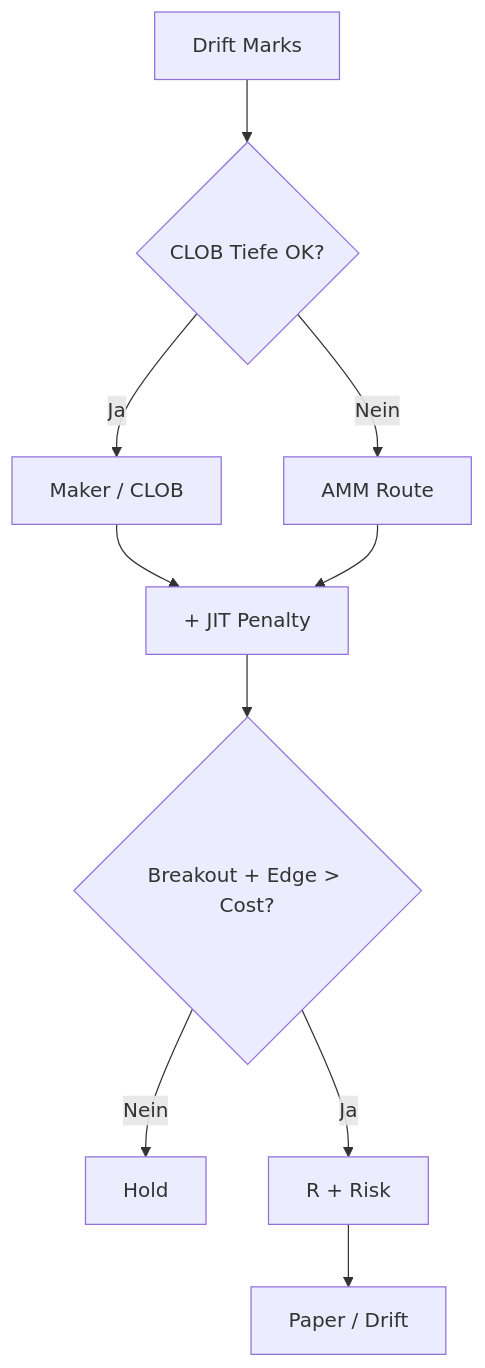
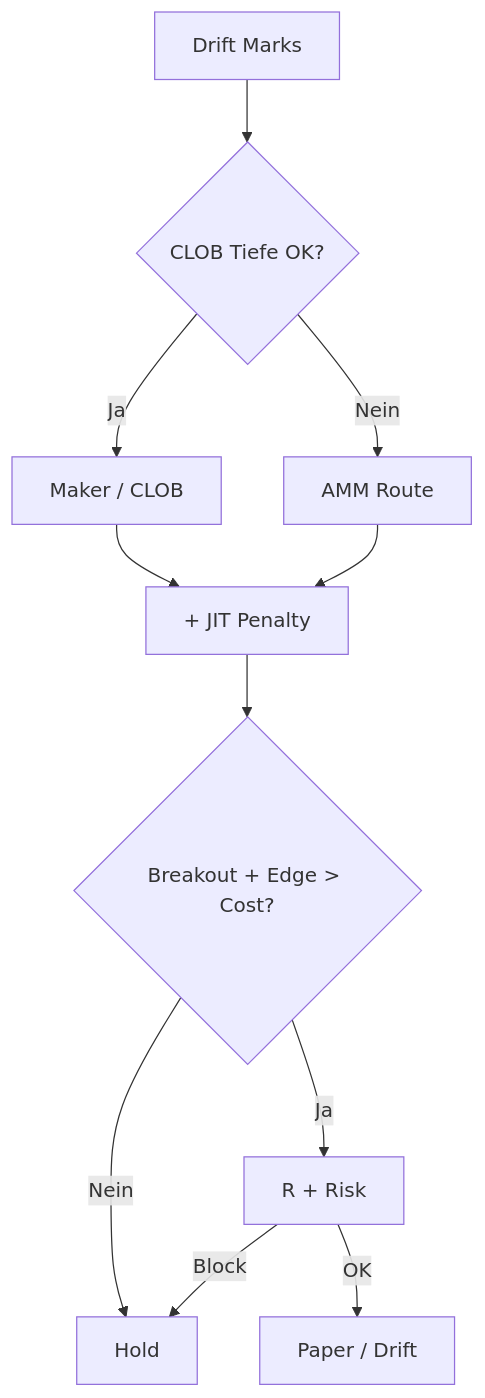
Before and after one commit to Drift-Trading-Lab/drift-protocol-perp-trading-bot: the second of 3 diagrams in README.de.md, drawn with Mermaid. The commit also changed other lines of this file and 4 other files, not shown here.

````diff
--- a/README.de.md
+++ b/README.de.md
@@ -99,12 +104,13 @@
 ```mermaid
 flowchart TD
   T[Drift Marks] --> M{CLOB Tiefe OK?}
   M -->|Ja| C[Maker / CLOB]
   M -->|Nein| A[AMM Route]
   C --> J[+ JIT Penalty]
   A --> J
   J --> B{Breakout + Edge > Cost?}
   B -->|Nein| H[Hold]
   B -->|Ja| R[R + Risk]
-  R --> X[Paper / Drift]
+  R -->|OK| X[Paper / Drift]
+  R -->|Block| H
 ```
````
